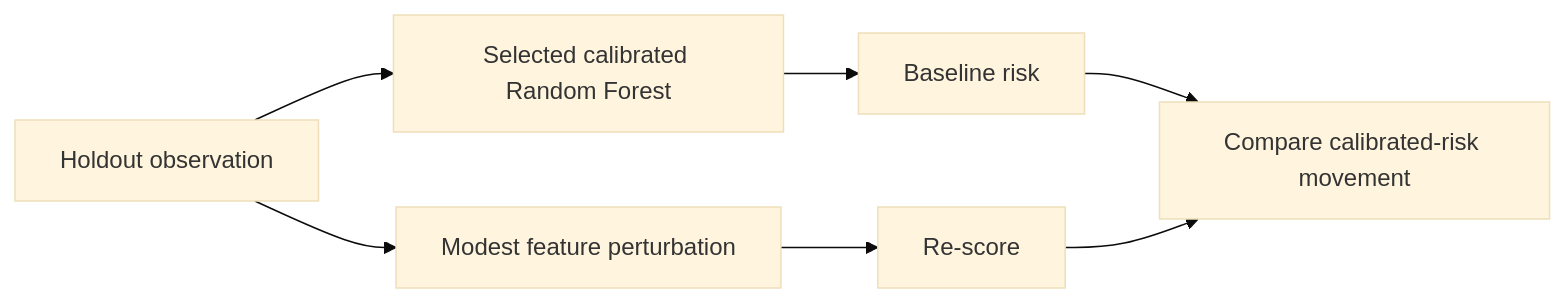
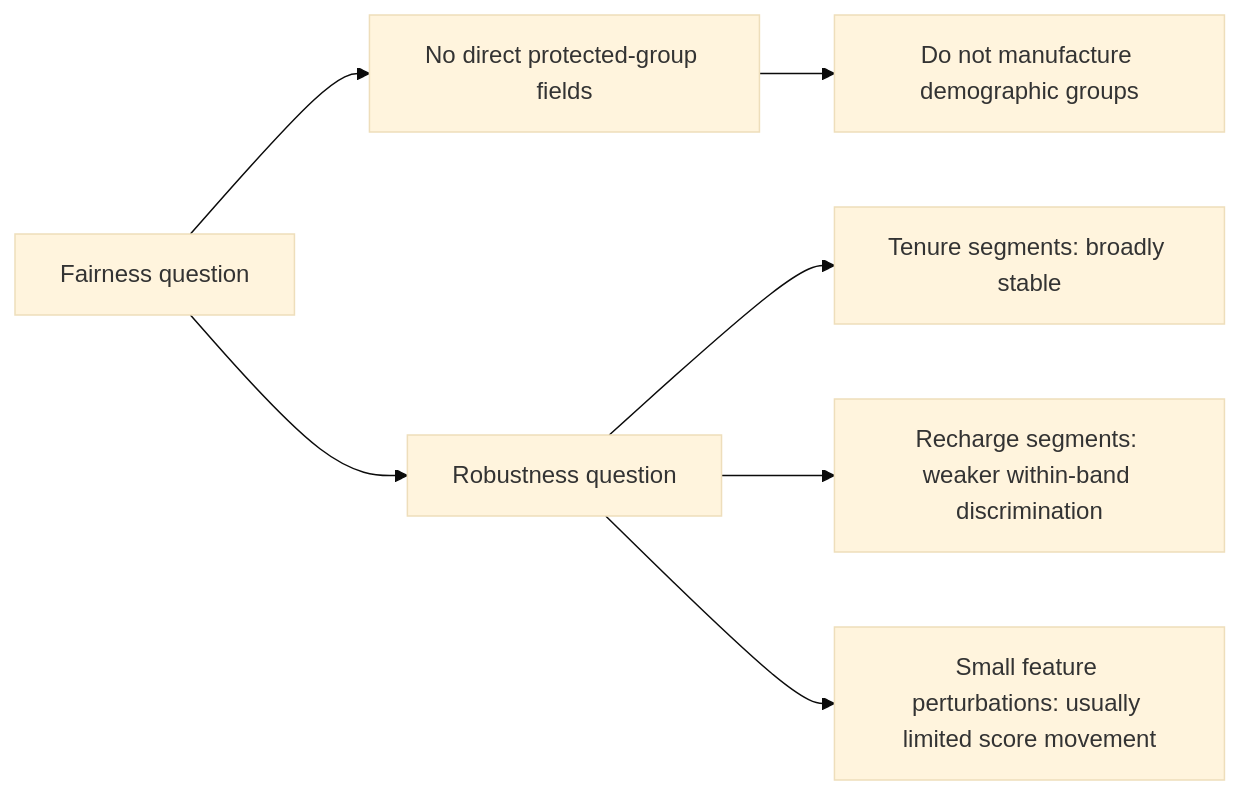
The fifth of 6 diagrams in docs/model-documentation/module4_experiment_record.md (Oyd72/telecom-delinquency-capstone), drawn with Mermaid (base theme) before and after one commit. The commit also changed other lines of this file, not shown here.

Commit message:
Record fairness robustness and temporal-light results

````diff
--- a/docs/model-documentation/module4_experiment_record.md
+++ b/docs/model-documentation/module4_experiment_record.md
@@ -796,9 +781,9 @@
 ```mermaid
 flowchart LR
-    A[Holdout observation] --> B[Selected calibrated Random Forest]
-    B --> C[Baseline risk]
-    A --> D[Modest feature perturbation]
-    D --> E[Re-score]
-    C --> F[Compare calibrated-risk movement]
-    E --> F
+    A[Fairness question] --> B[No direct protected-group fields]
+    B --> C[Do not manufacture demographic groups]
+    A --> D[Robustness question]
+    D --> E[Tenure segments: broadly stable]
+    D --> F[Recharge segments: weaker within-band discrimination]
+    D --> G[Small feature perturbations: usually limited score movement]
 ```
````
